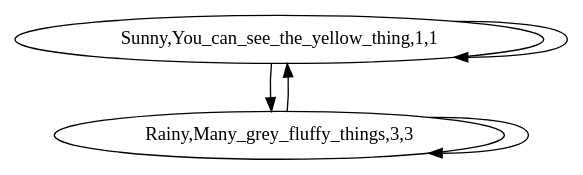
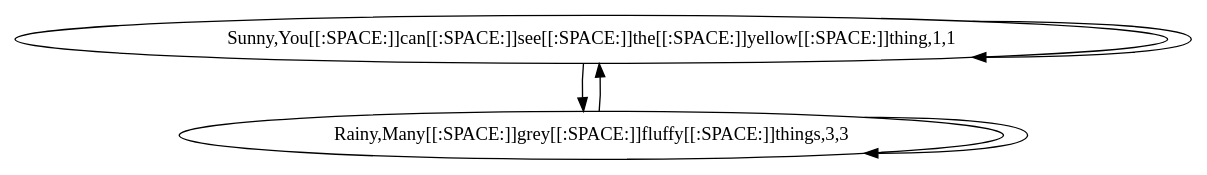
The diagram in BoostGraphTutorial/create_custom_vertices_markov_chain.dot (richelbilderbeek/boost_graph_cookbook_1), drawn with Graphviz before and after one commit. The commit also changed 8 other files, not shown here.

```diff
--- a/BoostGraphTutorial/create_custom_vertices_markov_chain.dot
+++ b/BoostGraphTutorial/create_custom_vertices_markov_chain.dot
@@ -1,8 +1,8 @@
 digraph G {
-0[label="Sunny,You_can_see_the_yellow_thing,1,1"];
-1[label="Rainy,Many_grey_fluffy_things,3,3"];
+0[label="Sunny,You[[:SPACE:]]can[[:SPACE:]]see[[:SPACE:]]the[[:SPACE:]]yellow[[:SPACE:]]thing,1,1"];
+1[label="Rainy,Many[[:SPACE:]]grey[[:SPACE:]]fluffy[[:SPACE:]]things,3,3"];
 0->0 ;
 0->1 ;
 1->0 ;
 1->1 ;
 }
```
